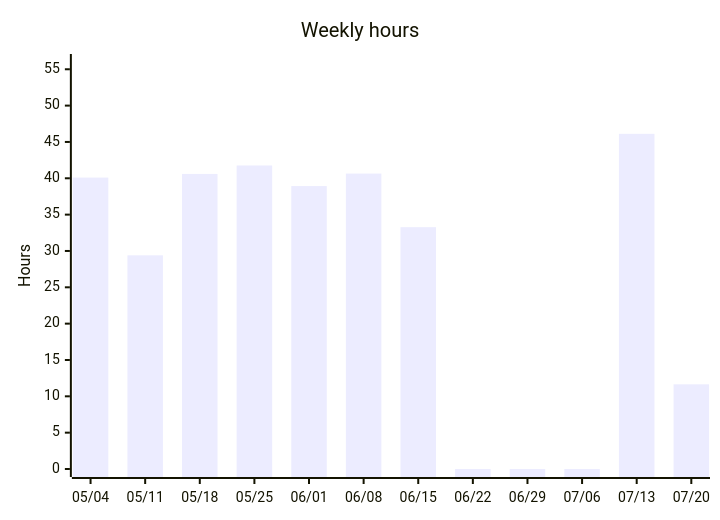
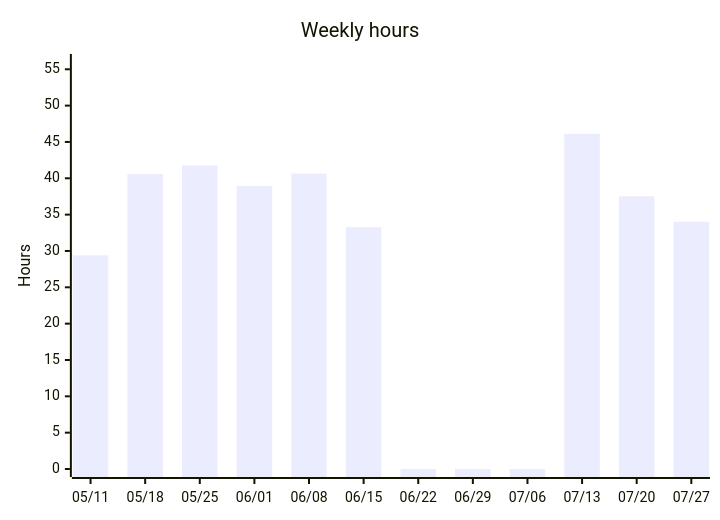
One commit to albinforsberg-netizen/timeclock changed the third of 5 diagrams in README.org. Above: the diagram before and after it, drawn with Mermaid. The commit also changed other lines of this file, not shown here.

```diff
--- a/README.org
+++ b/README.org
@@ -105,7 +107,7 @@
 #+begin_src mermaid
 xychart-beta
     title "Weekly hours"
-    x-axis ["05/04", "05/11", "05/18", "05/25", "06/01", "06/08", "06/15", "06/22", "06/29", "07/06", "07/13", "07/20"]
+    x-axis ["05/11", "05/18", "05/25", "06/01", "06/08", "06/15", "06/22", "06/29", "07/06", "07/13", "07/20", "07/27"]
     y-axis "Hours" 0 --> 56
-    bar [40.10, 29.40, 40.60, 41.76, 38.93, 40.65, 33.27, 0.00, 0.00, 0.00, 46.12, 11.65]
+    bar [29.40, 40.60, 41.76, 38.93, 40.65, 33.27, 0.00, 0.00, 0.00, 46.12, 37.52, 34.03]
 #+end_src
```
